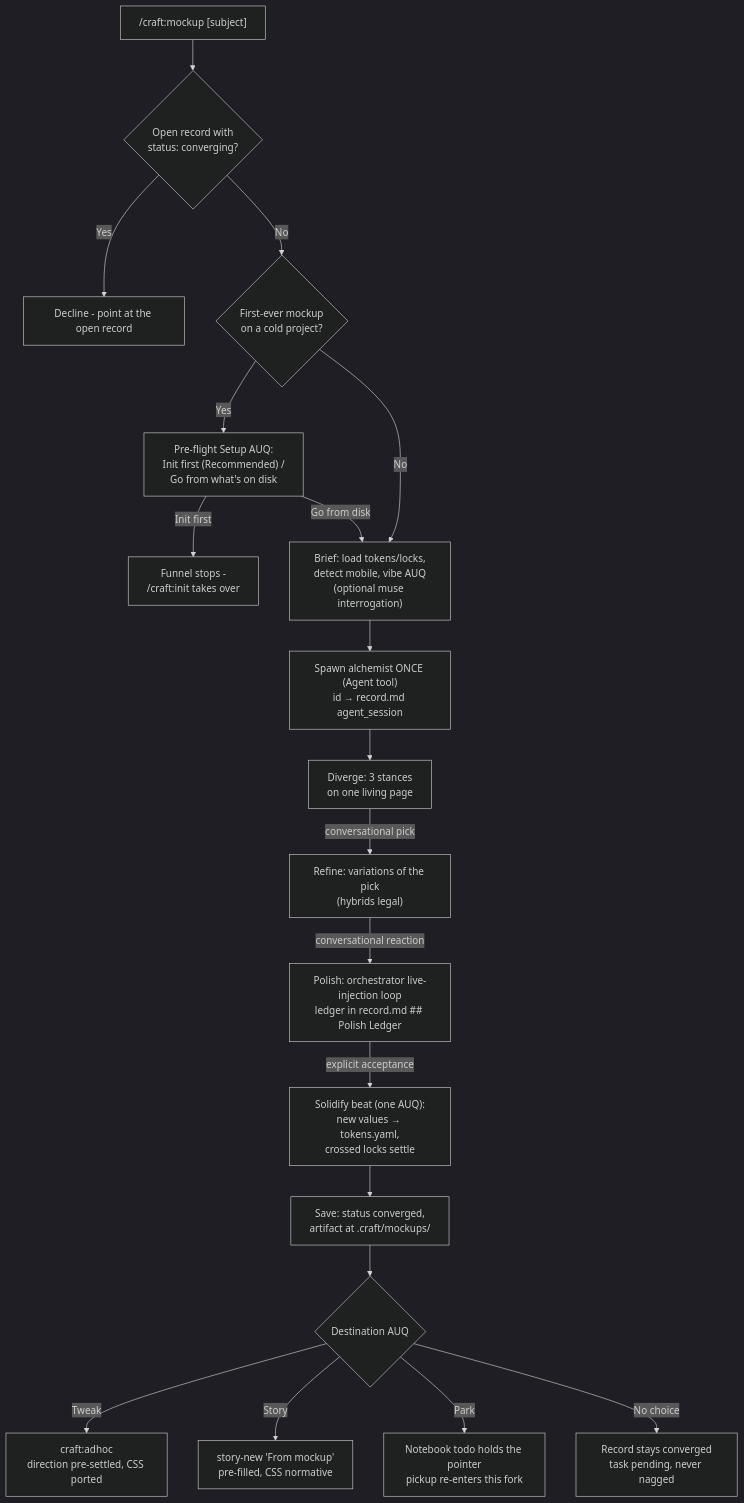
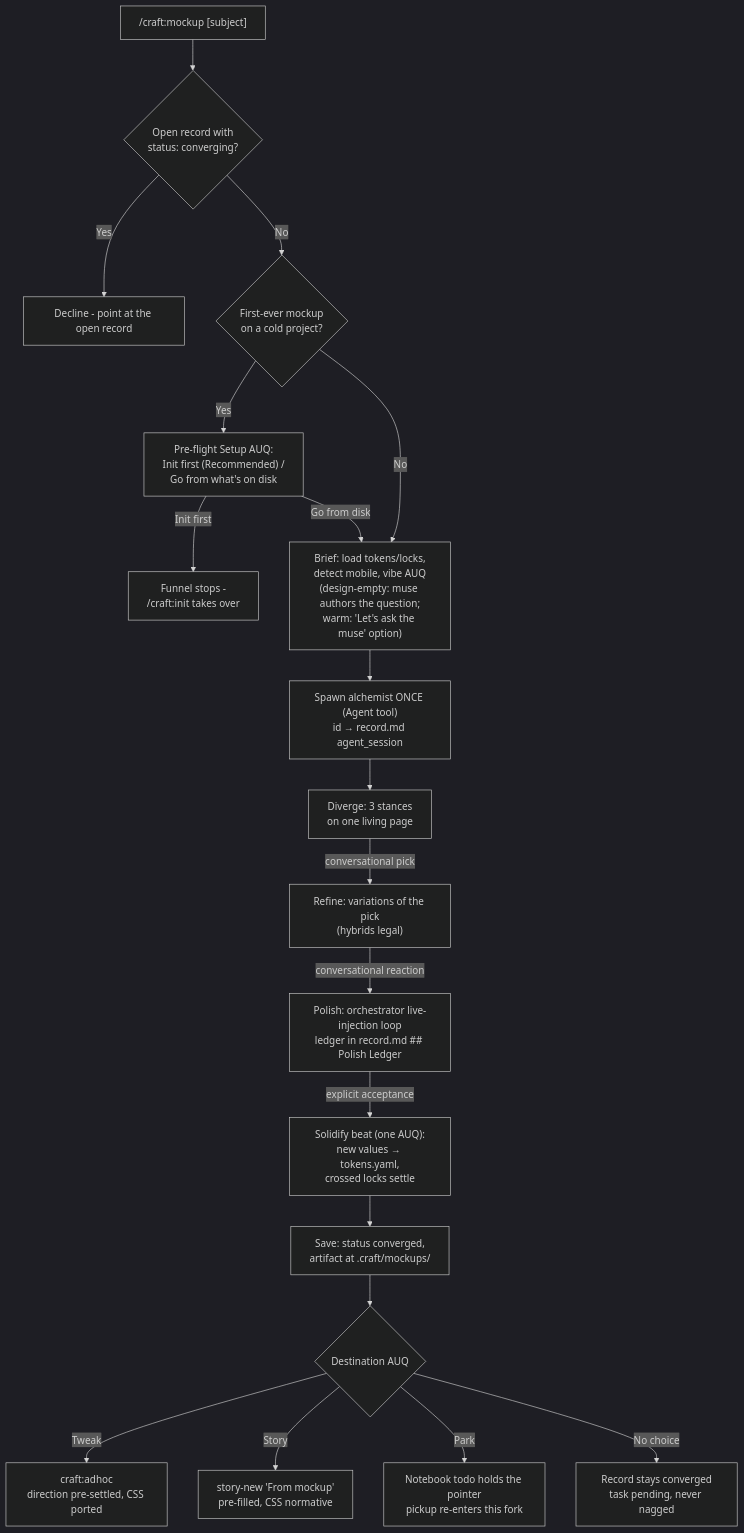
One commit to johan--/craft changed the ninth of 14 diagrams in reference/decision-tree.md. Above: the diagram before and after it, drawn with Mermaid. The commit also changed other lines of this file and 5 other files, not shown here.

First line of the commit message:
feat: muse authors the mockup vibe question - one muse path, two doors (story 20 chunk 1, live-test iteration)

````diff
--- a/reference/decision-tree.md
+++ b/reference/decision-tree.md
@@ -450,25 +450,25 @@
 ```mermaid
 %%{init: {'theme': 'dark'}}%%
 flowchart TD
     MOCKUP["/craft:mockup [subject]"] --> GUARD{"Open record with<br/>status: converging?"}
     GUARD -->|Yes| DECLINE["Decline - point at the open record"]
     GUARD -->|No| PREFLIGHT{"First-ever mockup<br/>on a cold project?"}
     PREFLIGHT -->|Yes| SETUPQ["Pre-flight Setup AUQ:<br/>Init first (Recommended) /<br/>Go from what's on disk"]
     SETUPQ -->|"Init first"| TOINIT["Funnel stops -<br/>/craft:init takes over"]
     SETUPQ -->|"Go from disk"| BRIEF
-    PREFLIGHT -->|No| BRIEF["Brief: load tokens/locks,<br/>detect mobile, vibe AUQ<br/>(optional muse interrogation)"]
+    PREFLIGHT -->|No| BRIEF["Brief: load tokens/locks,<br/>detect mobile, vibe AUQ<br/>(design-empty: muse authors the question;<br/>warm: 'Let's ask the muse' option)"]
 
     BRIEF --> SPAWN["Spawn alchemist ONCE (Agent tool)<br/>id → record.md agent_session"]
     SPAWN --> DIVERGE["Diverge: 3 stances<br/>on one living page"]
     DIVERGE -->|"conversational pick"| REFINE["Refine: variations of the pick<br/>(hybrids legal)"]
     REFINE -->|"conversational reaction"| POLISH["Polish: orchestrator live-injection loop<br/>ledger in record.md ## Polish Ledger"]
 
     POLISH -->|"explicit acceptance"| SOLIDIFY["Solidify beat (one AUQ):<br/>new values → tokens.yaml,<br/>crossed locks settle"]
     SOLIDIFY --> SAVE["Save: status converged,<br/>artifact at .craft/mockups/"]
     SAVE --> DEST{"Destination AUQ"}
 
     DEST -->|"Tweak"| TWEAK["craft:adhoc<br/>direction pre-settled, CSS ported"]
     DEST -->|"Story"| STORY["story-new 'From mockup'<br/>pre-filled, CSS normative"]
     DEST -->|"Park"| PARK["Notebook todo holds the pointer<br/>pickup re-enters this fork"]
     DEST -->|"No choice"| OPEN["Record stays converged<br/>task pending, never nagged"]
 ```
````
